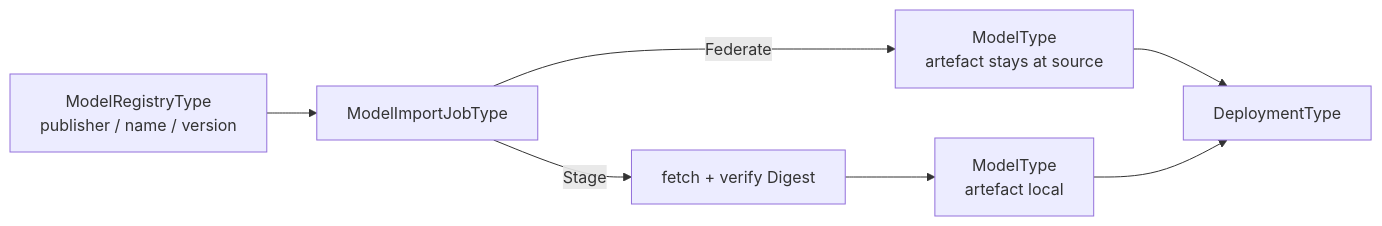
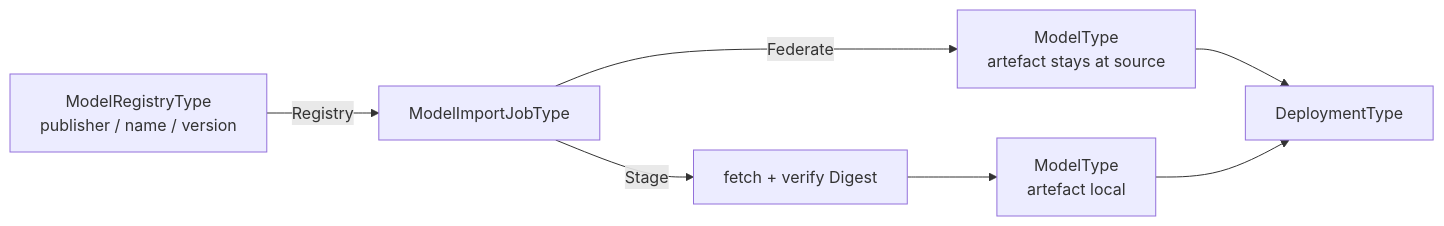
Before and after one commit to marcschier/opcua-drafts: the fourth of 16 diagrams in metaverse-specs/ai-model-management/OPC-UA-AI-Model-Management.md, drawn with Mermaid. The commit also changed other lines of this file and 20 other files, not shown here.

First line of the commit message:
Release 0.3.0: state why a digest is absent, and reach a registry from an import

````diff
--- a/metaverse-specs/ai-model-management/OPC-UA-AI-Model-Management.md
+++ b/metaverse-specs/ai-model-management/OPC-UA-AI-Model-Management.md
@@ -223,9 +223,9 @@
 ```mermaid
 flowchart LR
-    CAT["ModelRegistryType<br/>publisher / name / version"] --> J["ModelImportJobType"]
+    CAT["ModelRegistryType<br/>publisher / name / version"] -->|Registry| J["ModelImportJobType"]
     J -->|Federate| FD["ModelType<br/>artefact stays at source"]
     J -->|Stage| ST["fetch + verify Digest"]
     ST --> LD["ModelType<br/>artefact local"]
     FD --> DEP["DeploymentType"]
     LD --> DEP
 ```
````
